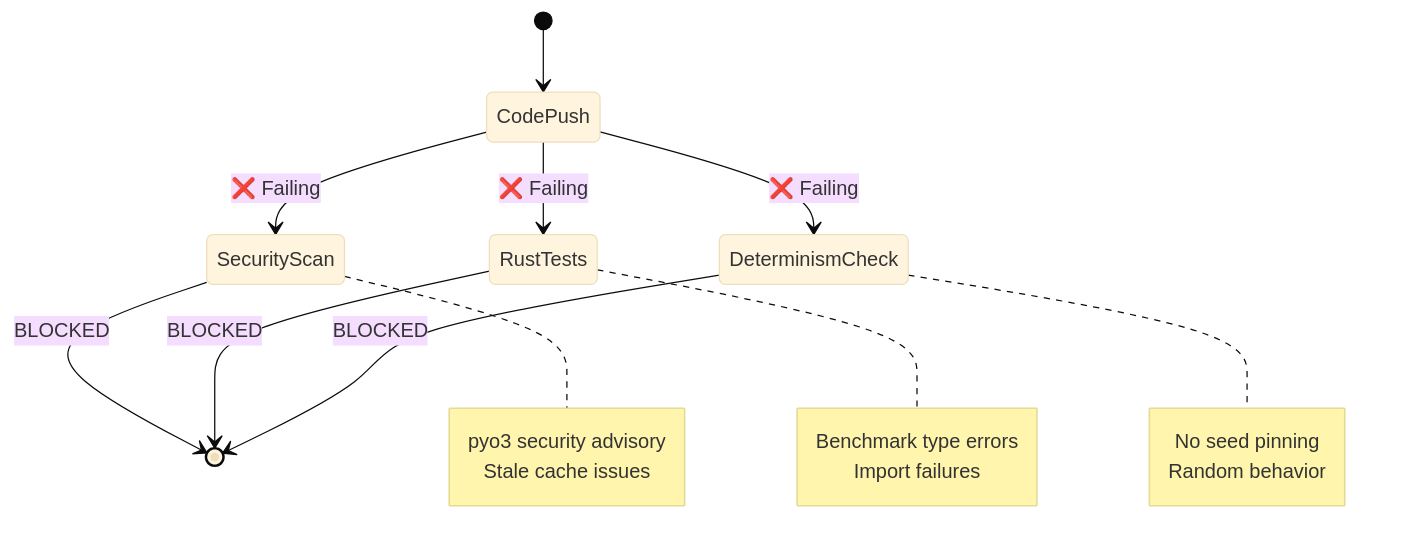
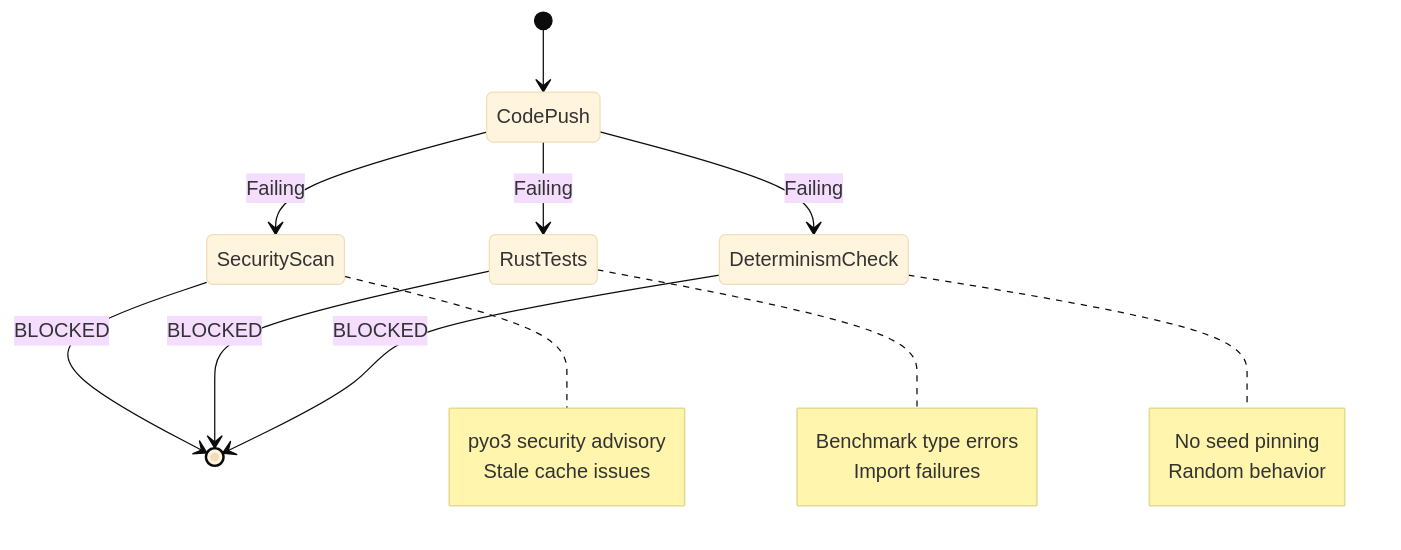
Before and after one commit to Aries-Serpent/_codex_: the third of 6 diagrams in docs/cognitive_brain/status/COGNITIVE_BRAIN_STATUS_V2.md, drawn with Mermaid (base theme). The commit also changed other lines of this file and 2029 other files, not shown here.

````diff
--- a/docs/cognitive_brain/status/COGNITIVE_BRAIN_STATUS_V2.md
+++ b/docs/cognitive_brain/status/COGNITIVE_BRAIN_STATUS_V2.md
@@ -118,26 +120,26 @@
 ```mermaid
 %%{init: {'accessibility': {'title': 'State Diagram showing *, *'}}%%
 stateDiagram-v2
     [*] --> CodePush
-    CodePush --> SecurityScan: ❌ Failing
-    CodePush --> RustTests: ❌ Failing
-    CodePush --> DeterminismCheck: ❌ Failing
+    CodePush --> SecurityScan:  Failing
+    CodePush --> RustTests:  Failing
+    CodePush --> DeterminismCheck:  Failing
     SecurityScan --> [*]: BLOCKED
     RustTests --> [*]: BLOCKED
     DeterminismCheck --> [*]: BLOCKED
 
     note right of SecurityScan
         pyo3 security advisory
         Stale cache issues
     end note
 
     note right of RustTests
         Benchmark type errors
         Import failures
     end note
 
     note right of DeterminismCheck
         No seed pinning
         Random behavior
     end note
 ```
````
